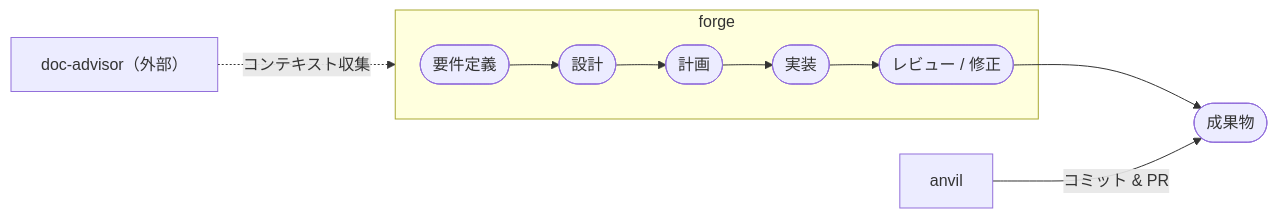
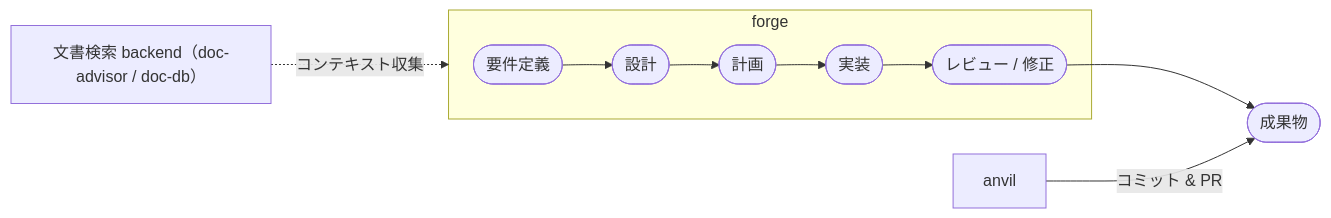
The first of 2 diagrams in README.md (BlueEventHorizon/bw-cc-plugins), drawn with Mermaid before and after one commit. The commit also changed other lines of this file and 14 other files, not shown here.

First line of the commit message:
docs(doc-db): 実行検証記録・doc-advisor 契約テスト・導入案内の 2 backend 整合（TASK-015/016/017）

````diff
--- a/README.md
+++ b/README.md
@@ -30,9 +35,9 @@
 ```mermaid
 flowchart LR
     subgraph forge
         R(["要件定義"]) --> D(["設計"]) --> P(["計画"]) --> I(["実装"]) --> RF(["レビュー / 修正"])
     end
     RF --> DL(["成果物"])
-    DA["doc-advisor（外部）"] -. "コンテキスト収集" .-> forge
+    DA["文書検索 backend（doc-advisor / doc-db）"] -. "コンテキスト収集" .-> forge
     AV[anvil] -- "コミット & PR" --> DL
 ```
````
